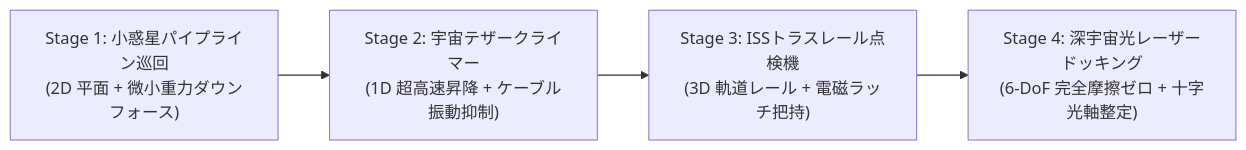
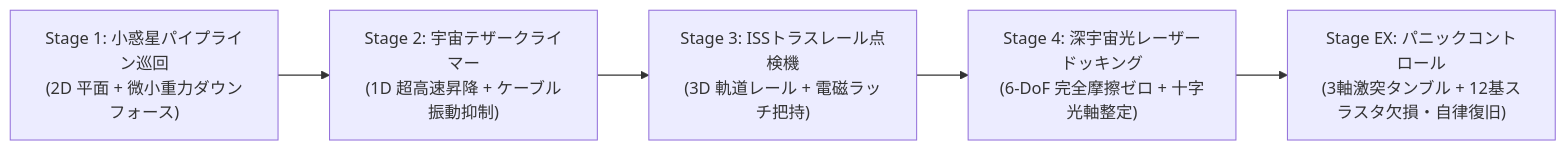
The first of 5 diagrams in README.md (sirosiro/SpaceGuidance-FBB), drawn with Mermaid before and after one commit. The commit also changed other lines of this file and 1 other file, not shown here.

Commit message:
docs(readme): document Stage EX: Panic Control architecture and features

````diff
--- a/README.md
+++ b/README.md
@@ -20,6 +24,7 @@
 ```mermaid
 graph LR
     Stage1["Stage 1: 小惑星パイプライン巡回<br/>(2D 平面 + 微小重力ダウンフォース)"] --> Stage2["Stage 2: 宇宙テザークライマー<br/>(1D 超高速昇降 + ケーブル振動抑制)"]
     Stage2 --> Stage3["Stage 3: ISSトラスレール点検機<br/>(3D 軌道レール + 電磁ラッチ把持)"]
     Stage3 --> Stage4["Stage 4: 深宇宙光レーザードッキング<br/>(6-DoF 完全摩擦ゼロ + 十字光軸整定)"]
+    Stage4 --> Stage5["Stage EX: パニックコントロール<br/>(3軸激突タンブル + 12基スラスタ欠損・自律復旧)"]
 ```
````
